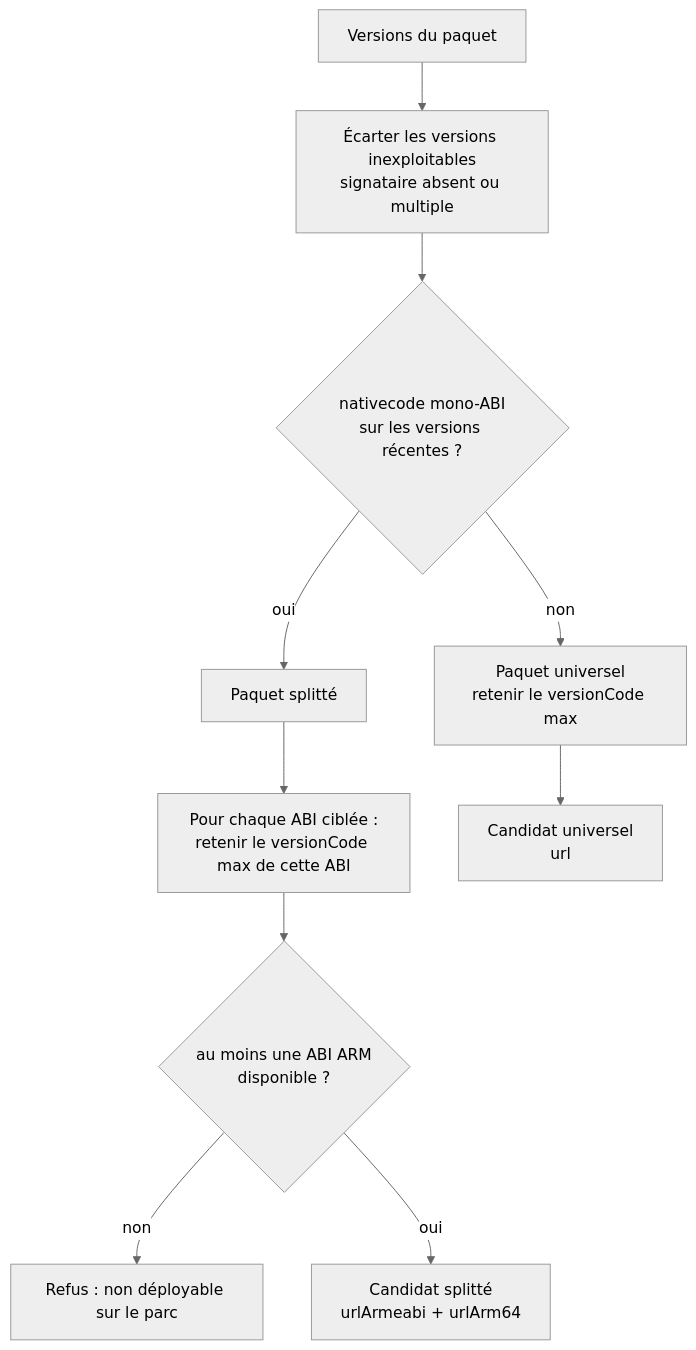
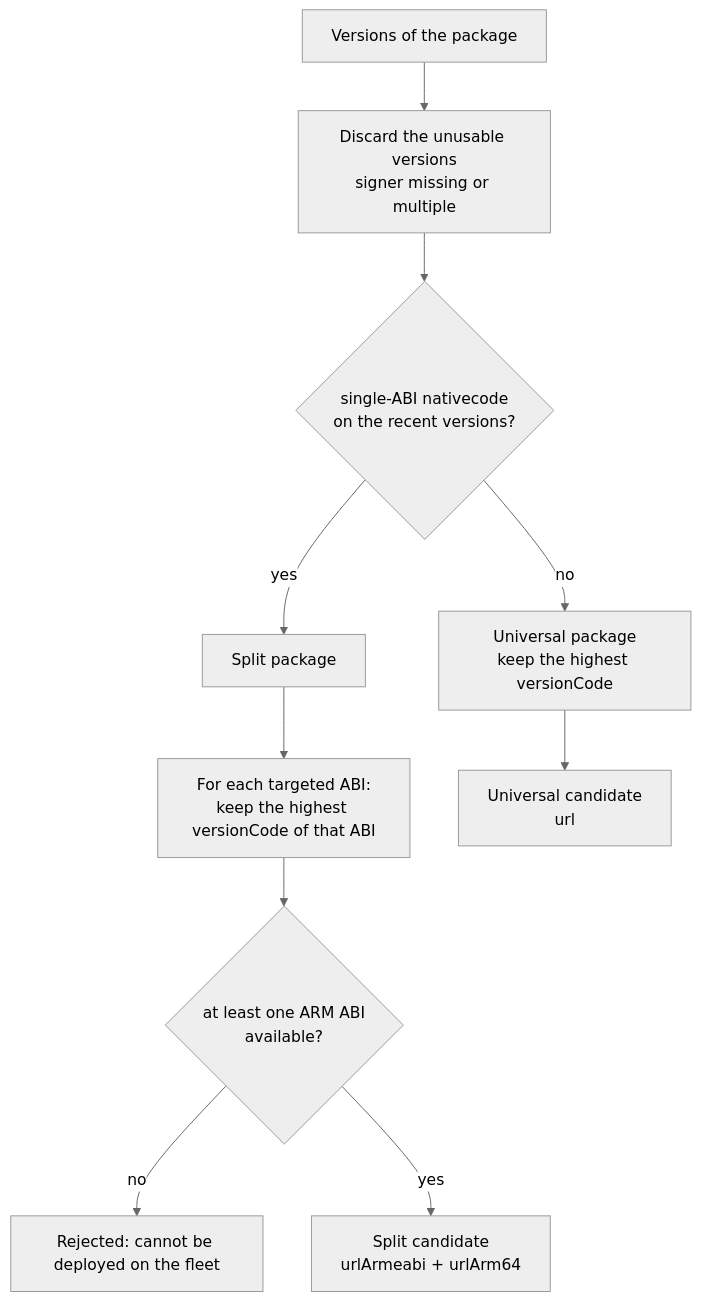
Before and after one commit to Sarcouy/fdroid-headwind-mirror: the second of 2 diagrams in docs/iteration-2.md, drawn with Mermaid (neutral theme). The commit also changed other lines of this file and 8 other files, not shown here.

````diff
--- a/docs/iteration-2.md
+++ b/docs/iteration-2.md
@@ -263,12 +262,12 @@
 ```mermaid
 flowchart TD
-    V["Versions du paquet"] --> F["Écarter les versions inexploitables<br/>signataire absent ou multiple"]
-    F --> SHAPE{"nativecode mono-ABI<br/>sur les versions récentes ?"}
-    SHAPE -->|non| UNI["Paquet universel<br/>retenir le versionCode max"]
-    SHAPE -->|oui| SPLIT["Paquet splitté"]
-    SPLIT --> PER["Pour chaque ABI ciblée :<br/>retenir le versionCode max de cette ABI"]
-    PER --> ARM{"au moins une ABI ARM<br/>disponible ?"}
-    ARM -->|non| REJECT["Refus : non déployable sur le parc"]
-    ARM -->|oui| CAND["Candidat splitté<br/>urlArmeabi + urlArm64"]
-    UNI --> CAND2["Candidat universel<br/>url"]
+    V["Versions of the package"] --> F["Discard the unusable versions<br/>signer missing or multiple"]
+    F --> SHAPE{"single-ABI nativecode<br/>on the recent versions?"}
+    SHAPE -->|no| UNI["Universal package<br/>keep the highest versionCode"]
+    SHAPE -->|yes| SPLIT["Split package"]
+    SPLIT --> PER["For each targeted ABI:<br/>keep the highest versionCode of that ABI"]
+    PER --> ARM{"at least one ARM ABI<br/>available?"}
+    ARM -->|no| REJECT["Rejected: cannot be deployed on the fleet"]
+    ARM -->|yes| CAND["Split candidate<br/>urlArmeabi + urlArm64"]
+    UNI --> CAND2["Universal candidate<br/>url"]
 ```
````
